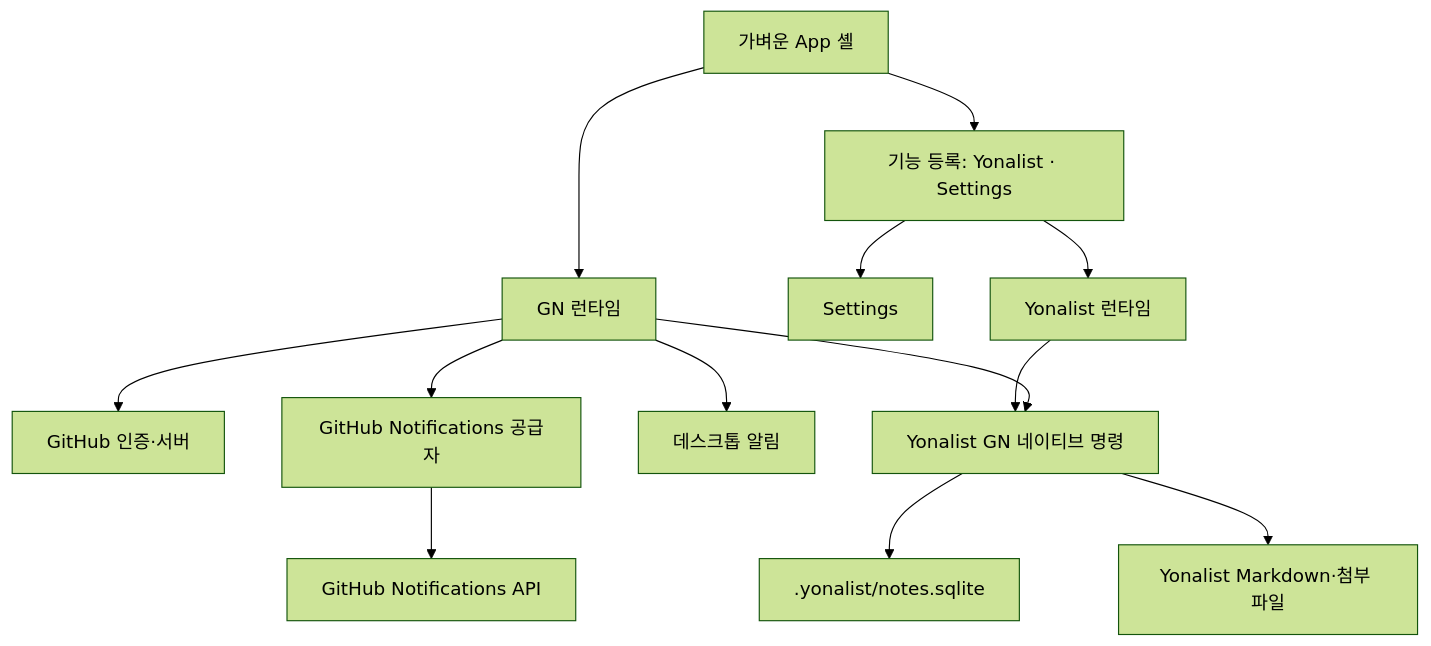
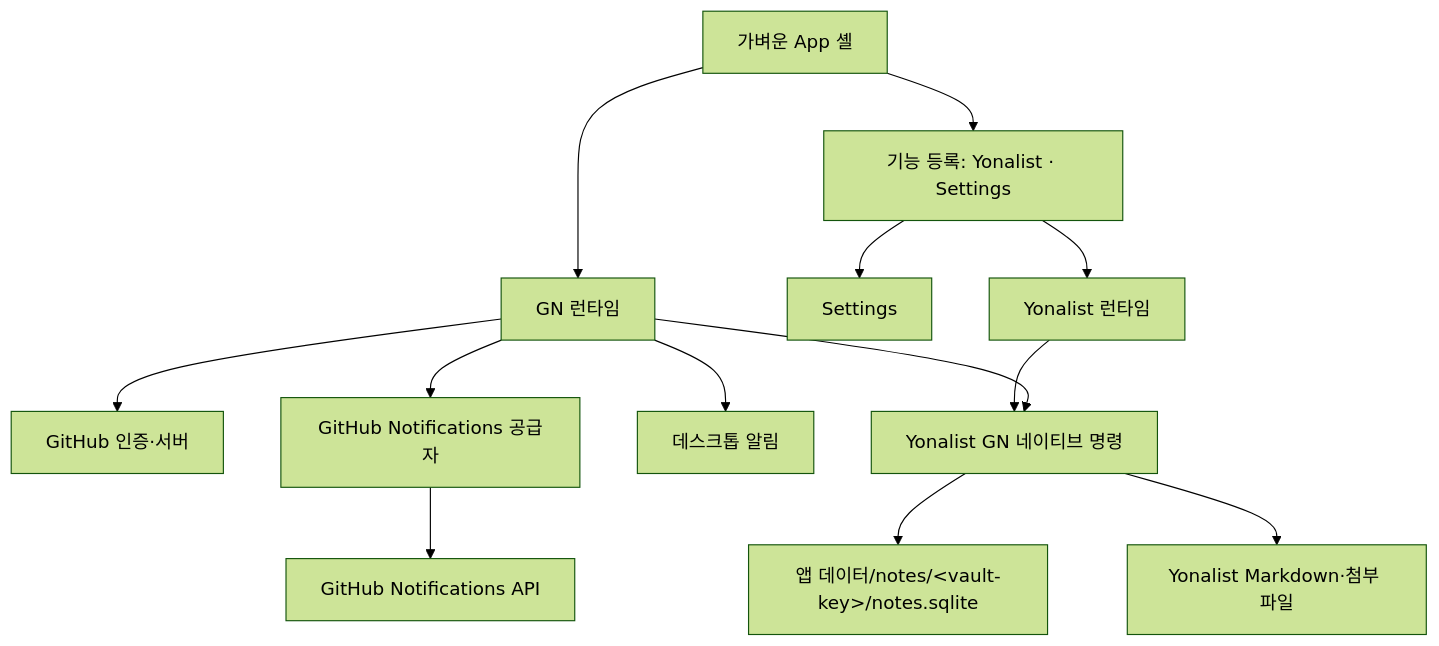
The fourth of 4 diagrams in docs/superpowers/specs/2026-07-27-github-inbox-removal-and-yonalist-boundary-design.md (doortts/yonalist), drawn with Mermaid (forest theme) before and after one commit. The commit also changed other lines of this file, not shown here.

````diff
--- a/docs/superpowers/specs/2026-07-27-github-inbox-removal-and-yonalist-boundary-design.md
+++ b/docs/superpowers/specs/2026-07-27-github-inbox-removal-and-yonalist-boundary-design.md
@@ -413,30 +1643,30 @@
 ```mermaid
 flowchart TB
     Shell["가벼운 App 셸"]
     Registry["기능 등록: Yonalist · Settings"]
     Yonalist["Yonalist 런타임"]
     Settings["Settings"]
 
     GnRuntime["GN 런타임"]
     Auth["GitHub 인증·서버"]
     Provider["GitHub Notifications 공급자"]
     Desktop["데스크톱 알림"]
     NativeBridge["Yonalist GN 네이티브 명령"]
 
-    NotesDb[".yonalist/notes.sqlite"]
+    NotesDb["앱 데이터/notes/&lt;vault-key&gt;/notes.sqlite"]
     NotesFiles["Yonalist Markdown·첨부 파일"]
     Github["GitHub Notifications API"]
 
     Shell --> Registry
     Registry --> Yonalist
     Registry --> Settings
     Shell --> GnRuntime
     GnRuntime --> Auth
     GnRuntime --> Provider
     Provider --> Github
     GnRuntime --> Desktop
     GnRuntime --> NativeBridge
     Yonalist --> NativeBridge
     NativeBridge --> NotesDb
     NativeBridge --> NotesFiles
 ```
````
